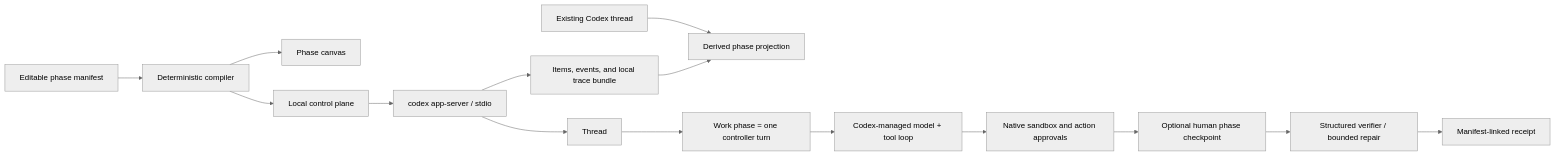
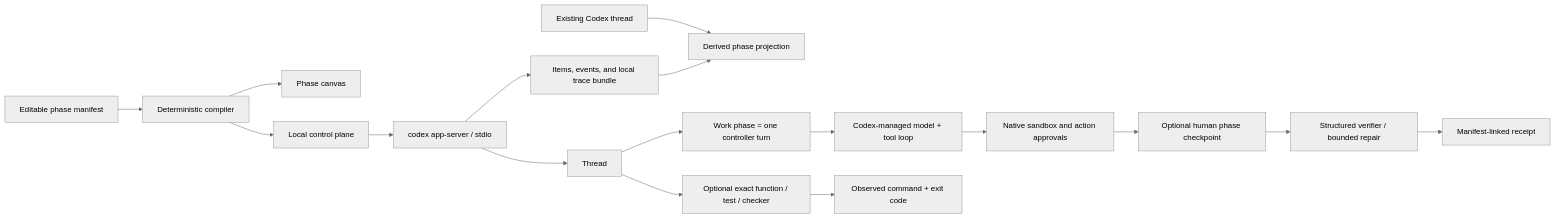
One commit to MustafaAH10/WeaveCodex changed the diagram in weave-control-plane/README.md. Above: the diagram before and after it, drawn with Mermaid (neutral theme). The commit also changed other lines of this file and 15 other files, not shown here.

````diff
--- a/weave-control-plane/README.md
+++ b/weave-control-plane/README.md
@@ -13,17 +14,19 @@
 ```mermaid
 flowchart LR
     History["Existing Codex thread"] --> Projection["Derived phase projection"]
     Human["Editable phase manifest"] --> Compiler["Deterministic compiler"]
     Compiler --> Graph["Phase canvas"]
     Compiler --> Runtime["Local control plane"]
     Runtime --> AppServer["codex app-server / stdio"]
     AppServer --> Thread["Thread"]
     Thread --> Work["Work phase = one controller turn"]
     Work --> Loop["Codex-managed model + tool loop"]
+    Thread --> Exact["Optional exact function / test / checker"]
+    Exact --> Evidence["Observed command + exit code"]
     Loop --> Gate["Native sandbox and action approvals"]
     Gate --> Checkpoint["Optional human phase checkpoint"]
     Checkpoint --> Verify["Structured verifier / bounded repair"]
     Verify --> Receipt["Manifest-linked receipt"]
     AppServer --> Trace["Items, events, and local trace bundle"]
     Trace --> Projection
 ```
````
